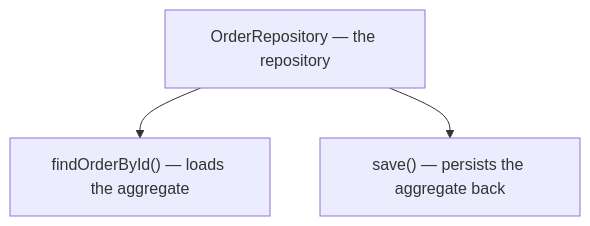
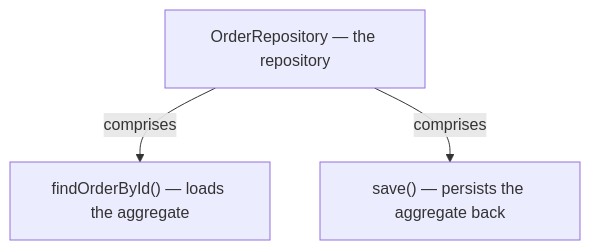
The seventh of 14 diagrams in docs/ch18-domain-model.md (vinayakuber/microservices-io-study-guide), drawn with Mermaid before and after one commit. The commit also changed other lines of this file and 71 other files, not shown here.

First line of the commit message:
R18: label every diagram arrow with its meaning

````diff
--- a/docs/ch18-domain-model.md
+++ b/docs/ch18-domain-model.md
@@ -240,6 +240,6 @@
 ```mermaid
 flowchart TD
   R["OrderRepository — the repository"]
-  R --> P0["findOrderById() — loads the aggregate"]
-  R --> P1["save() — persists the aggregate back"]
+  R -->|"comprises"| P0["findOrderById() — loads the aggregate"]
+  R -->|"comprises"| P1["save() — persists the aggregate back"]
 ```
````
